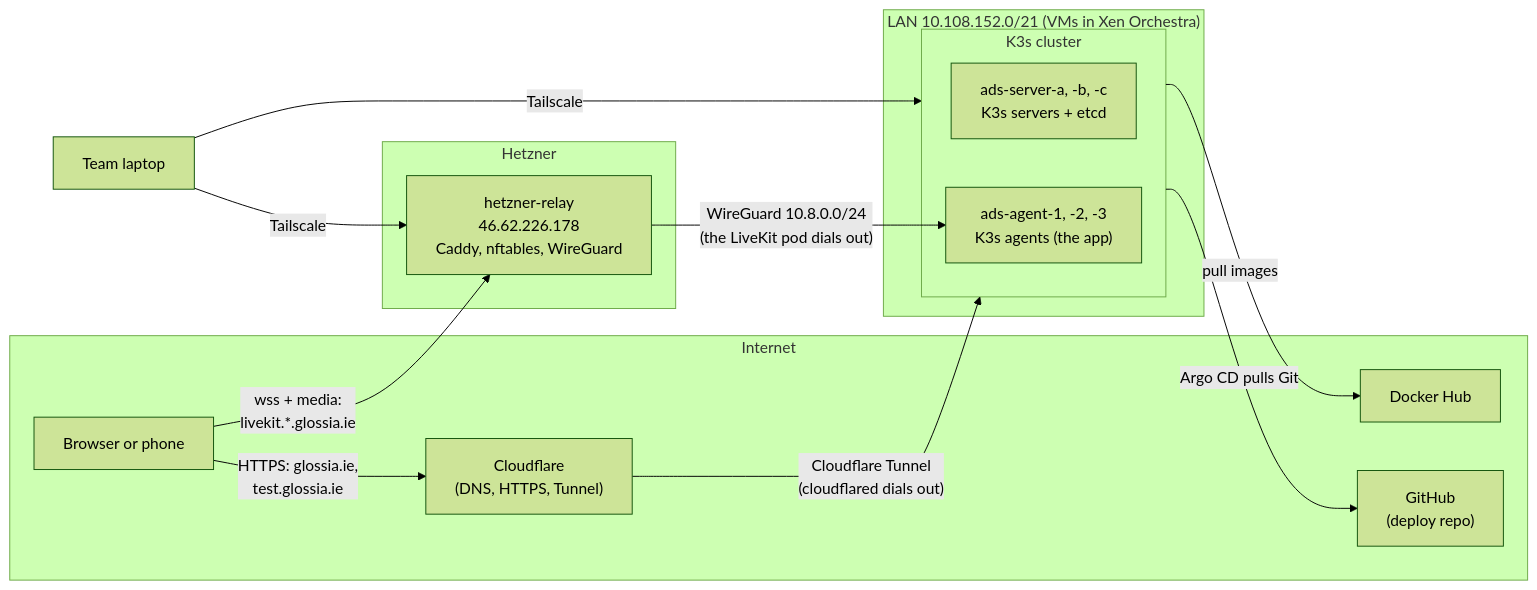
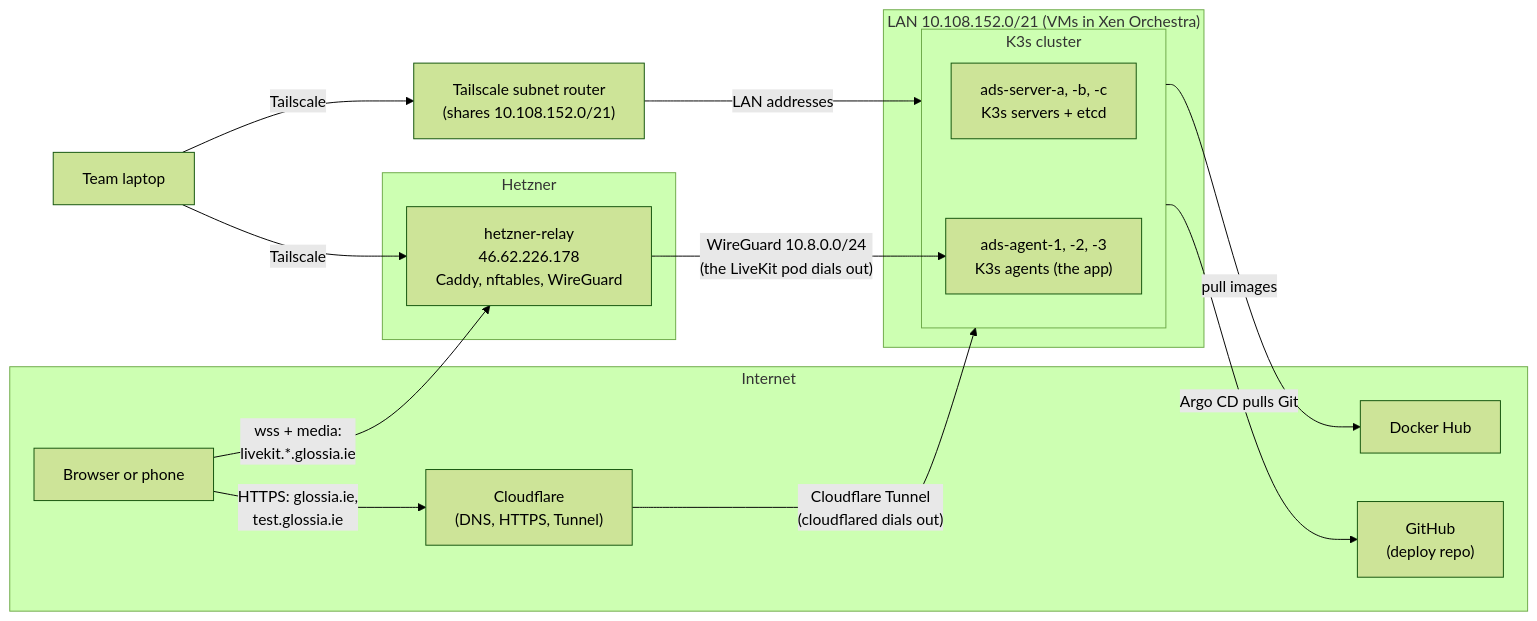
One commit to WH1TE-SHAD0W/ai-dubbing-studio changed the first of 2 diagrams in docs/infrastructure.md. Above: the diagram before and after it, drawn with Mermaid (forest theme). The commit also changed other lines of this file, not shown here.

Commit message:
docs: Infrastructure page uses direct addresses and describes the Tailscale subnet router (YGP-93)

````diff
--- a/docs/infrastructure.md
+++ b/docs/infrastructure.md
@@ -15,28 +15,29 @@
 ```mermaid
 flowchart LR
     subgraph internet["Internet"]
         user["Browser or phone"]
         cf["Cloudflare<br>(DNS, HTTPS, Tunnel)"]
         dh["Docker Hub"]
         gh["GitHub<br>(deploy repo)"]
     end
     subgraph hetzner["Hetzner"]
         relay["hetzner-relay<br>46.62.226.178<br>Caddy, nftables, WireGuard"]
     end
     subgraph lan["LAN 10.108.152.0/21 (VMs in Xen Orchestra)"]
         subgraph cluster["K3s cluster"]
             servers["ads-server-a, -b, -c<br>K3s servers + etcd"]
             agents["ads-agent-1, -2, -3<br>K3s agents (the app)"]
         end
     end
     team["Team laptop"]
 
     user -- "HTTPS: glossia.ie,<br>test.glossia.ie" --> cf
     cf -- "Cloudflare Tunnel<br>(cloudflared dials out)" --> cluster
     user -- "wss + media:<br>livekit.*.glossia.ie" --> relay
     relay -- "WireGuard 10.8.0.0/24<br>(the LiveKit pod dials out)" --> agents
     cluster -- "pull images" --> dh
     cluster -- "Argo CD pulls Git" --> gh
-    team -- "Tailscale" --> cluster
+    team -- "Tailscale" --> sr["Tailscale subnet router<br>(shares 10.108.152.0/21)"]
+    sr -- "LAN addresses" --> cluster
     team -- "Tailscale" --> relay
 ```
````
